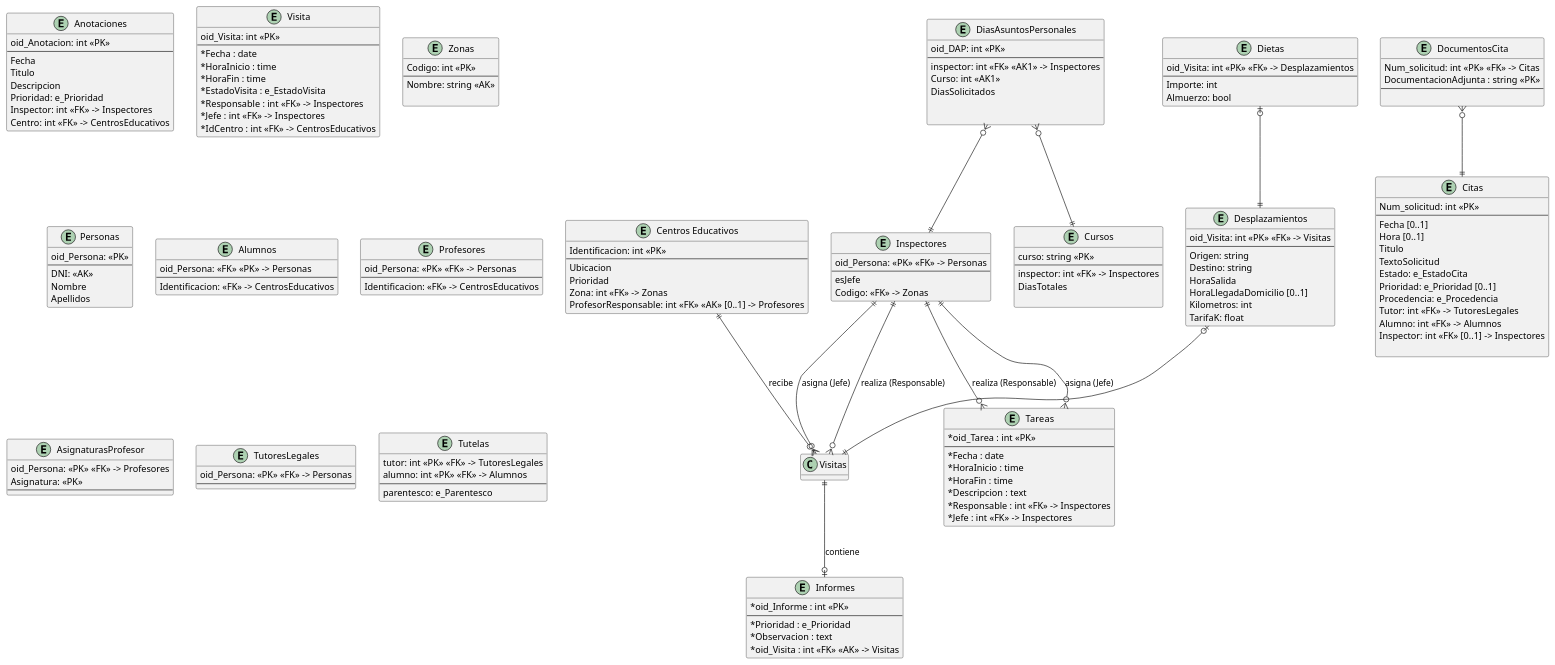
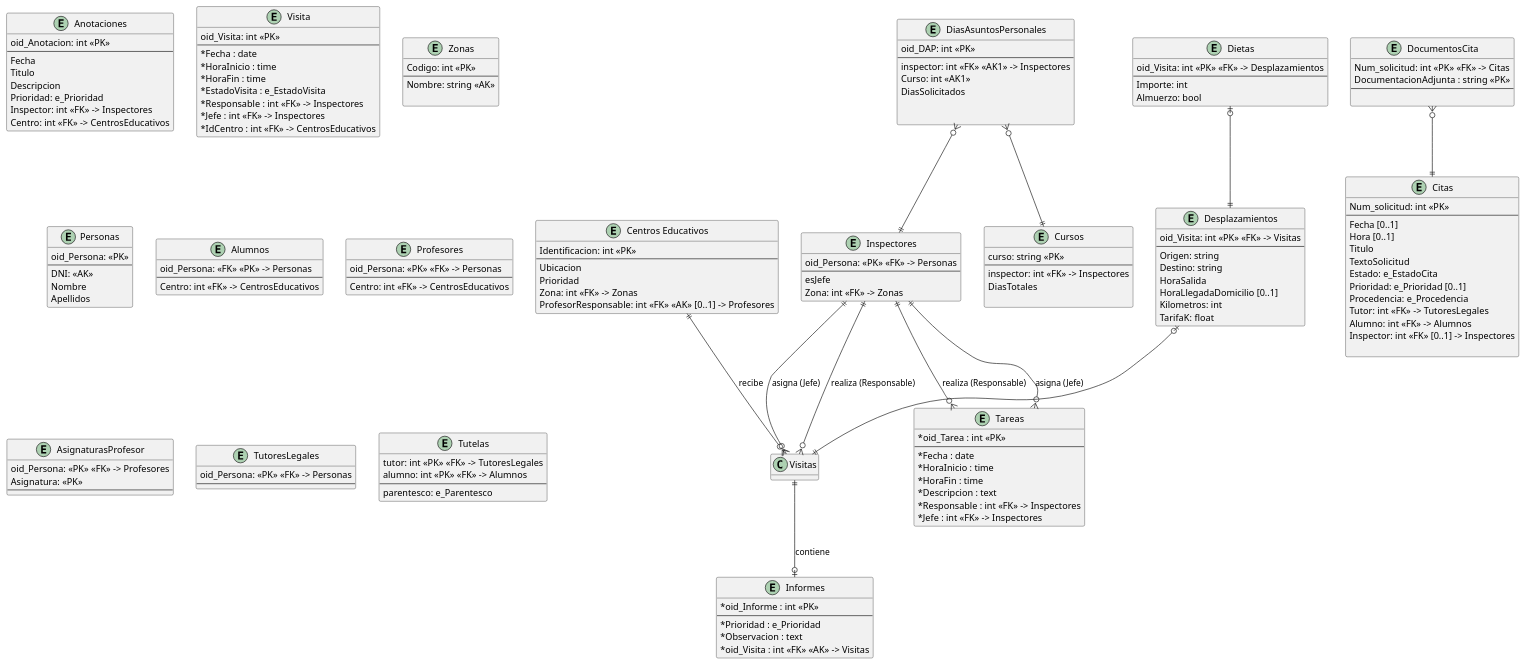
The diagram in modelado/modelado_relacional.puml (lorenzomaranon/ProyectoBD_Inspeccion_Educativa), drawn with PlantUML before and after one commit.

Commit message:
Corrige sustantivos de roles para que haya los mismos en todas las entidades

```diff
--- a/modelado/modelado_relacional.puml
+++ b/modelado/modelado_relacional.puml
@@ -1,192 +1,192 @@
 @startuml modelado_relacional
 hide methods
 skinparam ClassAttributeIconSize 0
 
 
 entity "Centros Educativos" as CentrosEducativos {
     Identificacion: int <<PK>>
     --
     Ubicacion
     Prioridad
     Zona: int <<FK>> -> Zonas
     ProfesorResponsable: int <<FK>> <<AK>> [0..1] -> Profesores
 }
 
 
 entity DocumentosCita {
     Num_solicitud: int <<PK>> <<FK>> -> Citas
     DocumentacionAdjunta : string <<PK>>
     --
      
 }
 entity Citas {
     Num_solicitud: int <<PK>> 
     --
     Fecha [0..1]
     Hora [0..1]
     Titulo
     TextoSolicitud
     Estado: e_EstadoCita
     Prioridad: e_Prioridad [0..1]
     Procedencia: e_Procedencia
     Tutor: int <<FK>> -> TutoresLegales
     Alumno: int <<FK>> -> Alumnos
     Inspector: int <<FK>> [0..1] -> Inspectores
 
 }
 
 entity Anotaciones {
     oid_Anotacion: int <<PK>>
     --
     Fecha
     Titulo
     Descripcion
     Prioridad: e_Prioridad
     Inspector: int <<FK>> -> Inspectores
     Centro: int <<FK>> -> CentrosEducativos
 }
 
 
 
 entity Visita {
     oid_Visita: int <<PK>>
     --
     *Fecha : date
     *HoraInicio : time
     *HoraFin : time
     *EstadoVisita : e_EstadoVisita
     *Responsable : int <<FK>> -> Inspectores
     *Jefe : int <<FK>> -> Inspectores
     *IdCentro : int <<FK>> -> CentrosEducativos
 }
 
 entity Informes {
     *oid_Informe : int <<PK>>
     --
     *Prioridad : e_Prioridad
     *Observacion : text
     *oid_Visita : int <<FK>> <<AK>> -> Visitas
 }
 
 entity Tareas {
     *oid_Tarea : int <<PK>>
     --
     *Fecha : date
     *HoraInicio : time
     *HoraFin : time
     *Descripcion : text
     *Responsable : int <<FK>> -> Inspectores
     *Jefe : int <<FK>> -> Inspectores
 }
 
 
 
 entity Zonas {
     Codigo: int <<PK>>
     --
     Nombre: string <<AK>>
     
 }
 
 entity Personas {
     oid_Persona: <<PK>>
     --
     DNI: <<AK>>
     Nombre
     Apellidos
 }
 
 entity Inspectores {
     oid_Persona: <<PK>> <<FK>> -> Personas
     --
     esJefe
-    Codigo: <<FK>> -> Zonas
+    Zona: int <<FK>> -> Zonas
 }
 entity Alumnos {
     oid_Persona: <<FK>> <<PK>> -> Personas
     --
-    Identificacion: <<FK>> -> CentrosEducativos
+    Centro: int <<FK>> -> CentrosEducativos
 }
 
 entity Profesores {
     oid_Persona: <<PK>> <<FK>> -> Personas
     --
-    Identificacion: <<FK>> -> CentrosEducativos
+    Centro: int <<FK>> -> CentrosEducativos
 }
 
 entity AsignaturasProfesor {
     oid_Persona: <<PK>> <<FK>> -> Profesores
     Asignatura: <<PK>>
     --
 }
 
 entity TutoresLegales {
     oid_Persona: <<PK>> <<FK>> -> Personas
     --
 }
 
 entity Tutelas {
     tutor: int <<PK>> <<FK>> -> TutoresLegales
     alumno: int <<PK>> <<FK>> -> Alumnos
     --
     parentesco: e_Parentesco
 }
 
 Inspectores ||--o{ Visitas : realiza (Responsable)
 Inspectores ||--o{ Visitas : asigna (Jefe)
 Inspectores ||--o{ Tareas : realiza (Responsable)
 Inspectores ||--o{ Tareas : asigna (Jefe)
 CentrosEducativos ||--o{ Visitas : recibe
 Visitas ||--o| Informes : contiene
 
 
 entity Desplazamientos {
     oid_Visita: int <<PK>> <<FK>> -> Visitas
     --
     Origen: string
     Destino: string
     HoraSalida
     HoraLlegadaDomicilio [0..1]
     Kilometros: int
     TarifaK: float
 }
 
 
 entity Dietas {
     oid_Visita: int <<PK>> <<FK>> -> Desplazamientos
     --
     Importe: int
     Almuerzo: bool
 }
 
 
 Desplazamientos |o--||Visitas
 Dietas |o--||Desplazamientos
 
 
 entity DiasAsuntosPersonales {
     oid_DAP: int <<PK>>
     --
     inspector: int <<FK>> <<AK1>> -> Inspectores
     Curso: int <<AK1>>
     DiasSolicitados
     
     
 }
 
 
 entity Cursos {
     curso: string <<PK>>
     --
     inspector: int <<FK>> -> Inspectores
     DiasTotales
 
 }
 
 DiasAsuntosPersonales }o--||Cursos
 DiasAsuntosPersonales }o--||Inspectores
 
 '------- ASOCIACIONES --------------------------------------
 DocumentosCita }o--|| Citas
 
 @enduml
```
